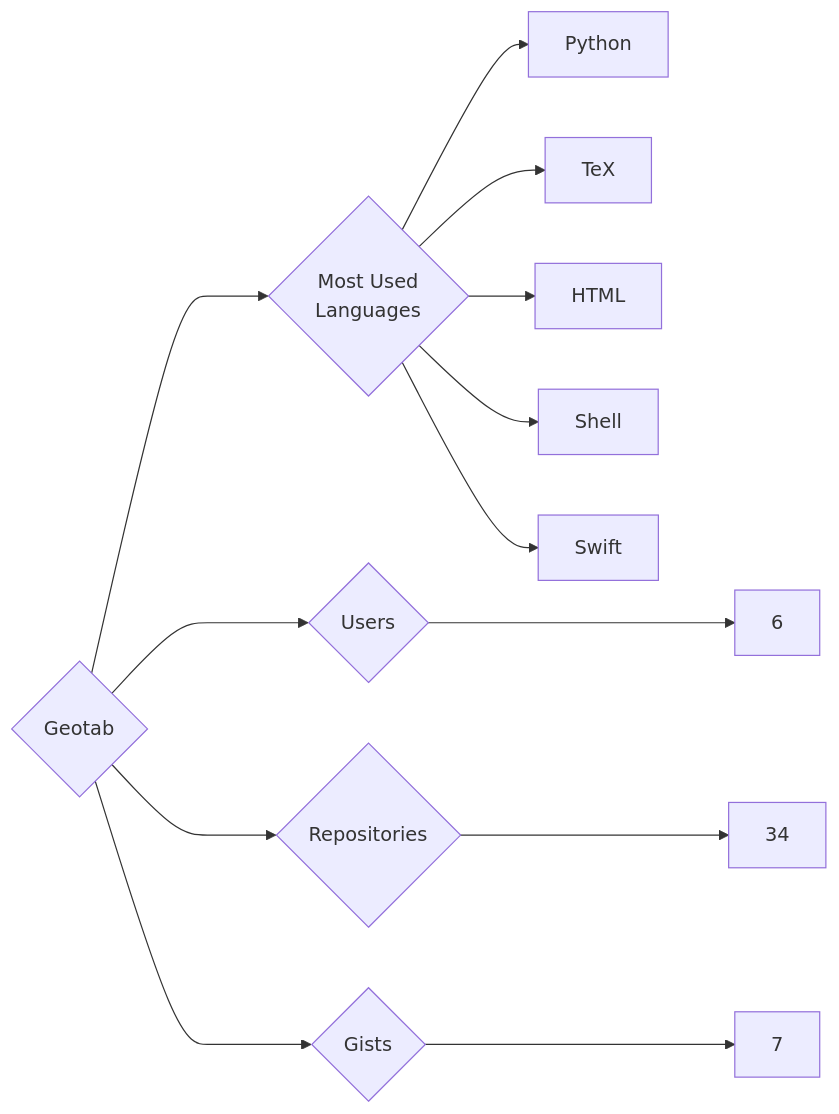
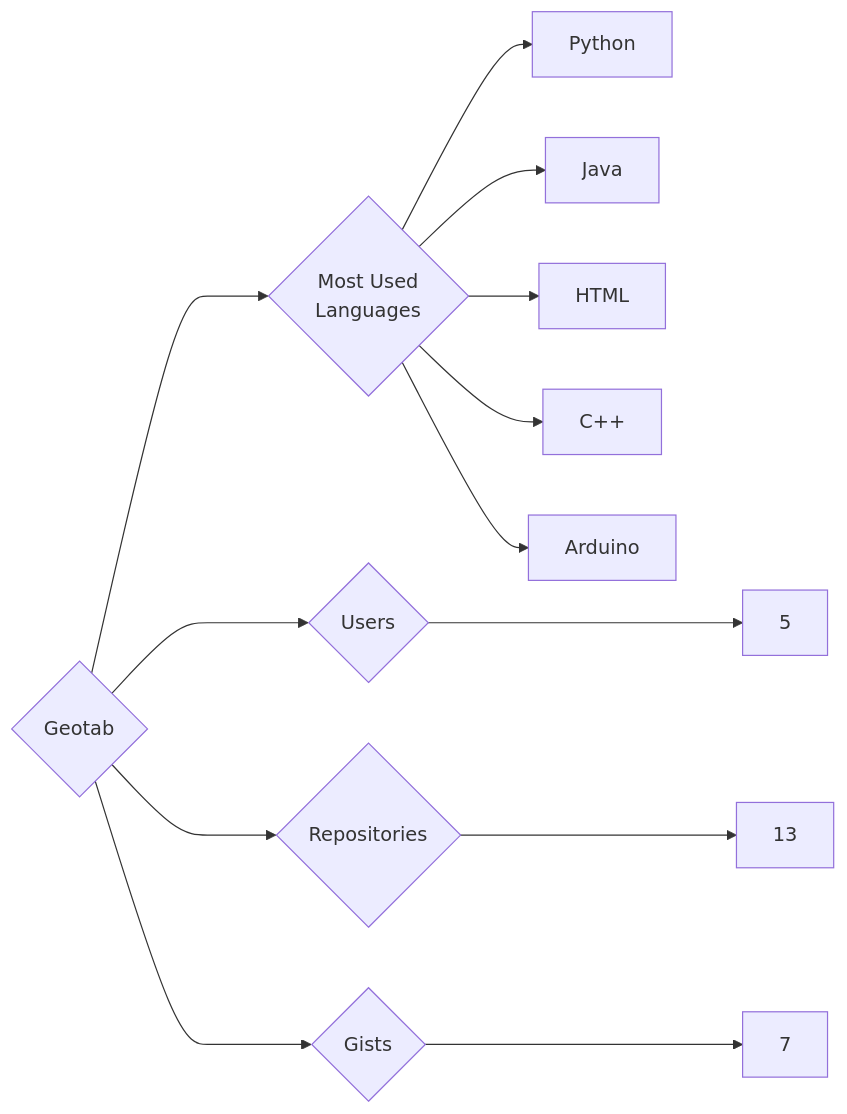
One commit to trickest/insiders changed the diagram in targets/Geotab/README.md. Above: the diagram before and after it, drawn with Mermaid. The commit also changed 1175 other files, not shown here.

````diff
--- a/targets/Geotab/README.md
+++ b/targets/Geotab/README.md
@@ -3,13 +3,13 @@
 ```mermaid
 graph LR
 COMPANY_NAME{Geotab}
-COMPANY_NAME ---> U{Users} ---> UN[6]
-COMPANY_NAME ---> R{Repositories} ---> RN[34]
+COMPANY_NAME ---> U{Users} ---> UN[5]
+COMPANY_NAME ---> R{Repositories} ---> RN[13]
 COMPANY_NAME ---> G{Gists} ---> GN[7]
 COMPANY_NAME ---> ML{Most Used<br>Languages}
 ML --> Python[Python]
-ML --> TeX[TeX]
+ML --> Java[Java]
 ML --> HTML[HTML]
-ML --> Shell[Shell]
-ML --> Swift[Swift]
+ML --> C++[C++]
+ML --> Arduino[Arduino]
 ```
````
